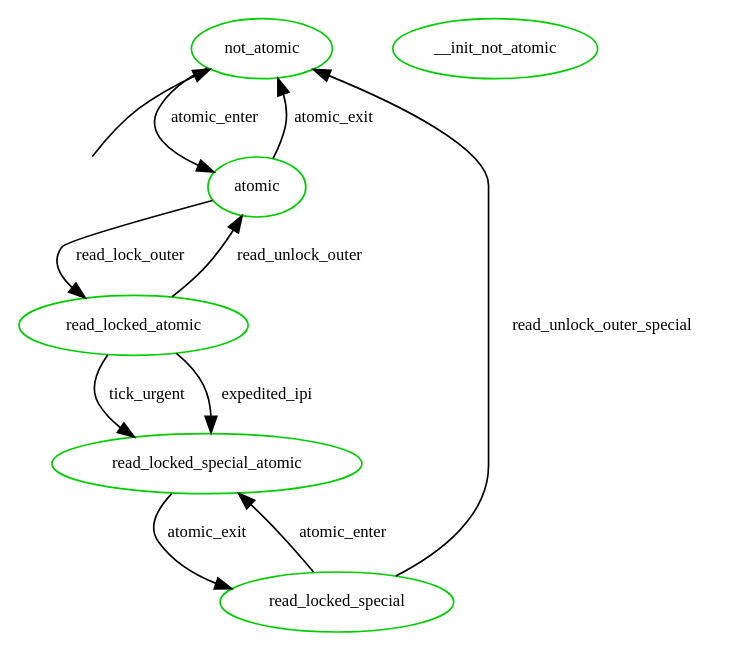
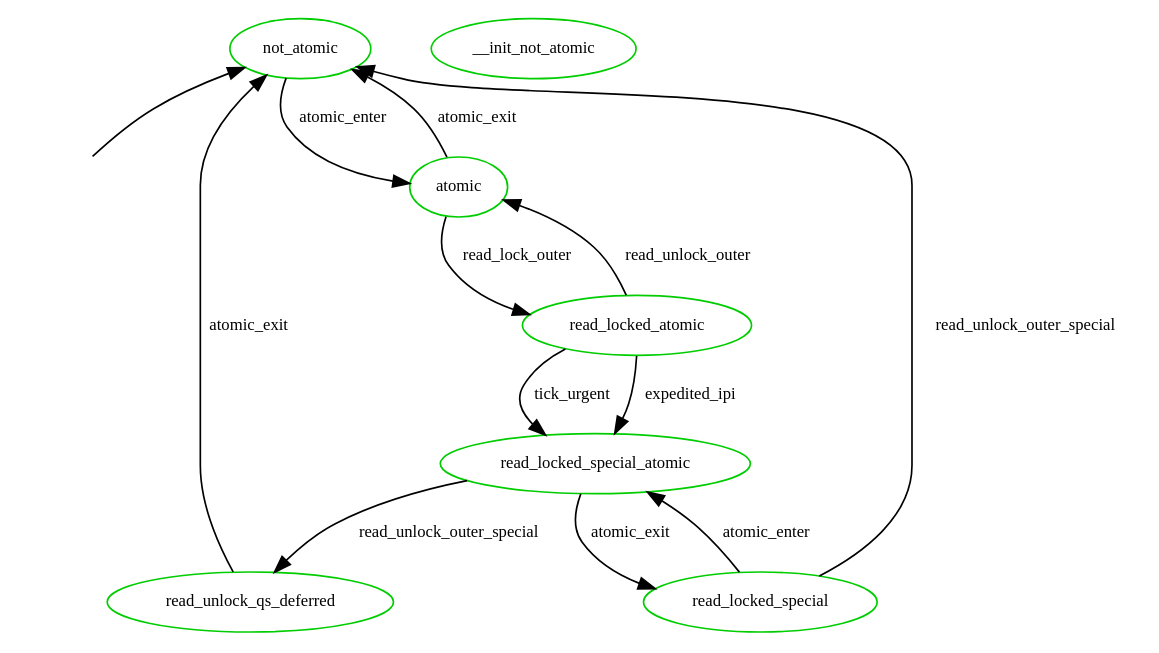
Before and after one commit to joelagnel/RCU_Supremica: the diagram in Dot_Models/defer_atomic_rlock_runlock.dot, drawn with Graphviz. The commit also changed 1 other file, not shown here.

```diff
--- a/Dot_Models/defer_atomic_rlock_runlock.dot
+++ b/Dot_Models/defer_atomic_rlock_runlock.dot
@@ -1,33 +1,37 @@
 digraph state_automaton {
 	center = true;
 	// size = "700,800";
 	nodesep = 0.5;
 	{node [shape = plaintext, style=invis, label=""] "__init_atomic"};
 	node [shape = ellipse, fontsize=10, color = green3];
 	edge [fontsize=10];
 
 	"__init_atomic" -> "not_atomic";
 
 	/* Handling for pirq dis, read-lock, read-unlock, pirq en */
 	"atomic" [label = "atomic"];
 	"read_locked_atomic" [label = "read_locked_atomic"];
+	"read_unlock_qs_deferred" [label = "read_unlock_qs_deferred"];
+
 	"atomic" -> "read_locked_atomic" [ label = "read_lock_outer" ];
 	"read_locked_atomic" -> "atomic" [ label = "read_unlock_outer" ];
 	/* After transition to read_locked_special_atomic,
 	 * everything remains same as defer_rlock_atomic_runlock.dot */
 	"read_locked_atomic" -> "read_locked_special_atomic" [ label = "tick_urgent" ];
 	"read_locked_atomic" -> "read_locked_special_atomic" [ label = "expedited_ipi" ];
 
         "read_locked_special" -> "read_locked_special_atomic" [ label = "atomic_enter" ];
         "read_locked_special_atomic" -> "read_locked_special" [ label = "atomic_exit" ];
 
 	"read_locked_special" -> "not_atomic" [ label = "read_unlock_outer_special" ];
 	"atomic" -> "not_atomic" [ label = "atomic_exit" ];
 	"not_atomic" -> "atomic" [ label = "atomic_enter" ];
 
+	"read_locked_special_atomic" -> "read_unlock_qs_deferred" [ label = "read_unlock_outer_special" ];
+	"read_unlock_qs_deferred" -> "not_atomic" [ label = "atomic_exit" ];
 
 	{ rank = min ;
 		"__init_not_atomic";
 		"not_atomic";
 	}
 }
```
